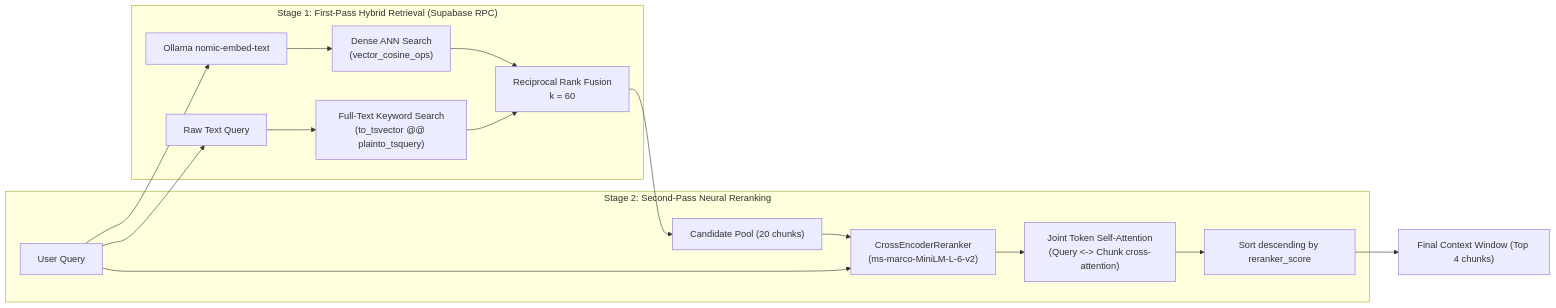
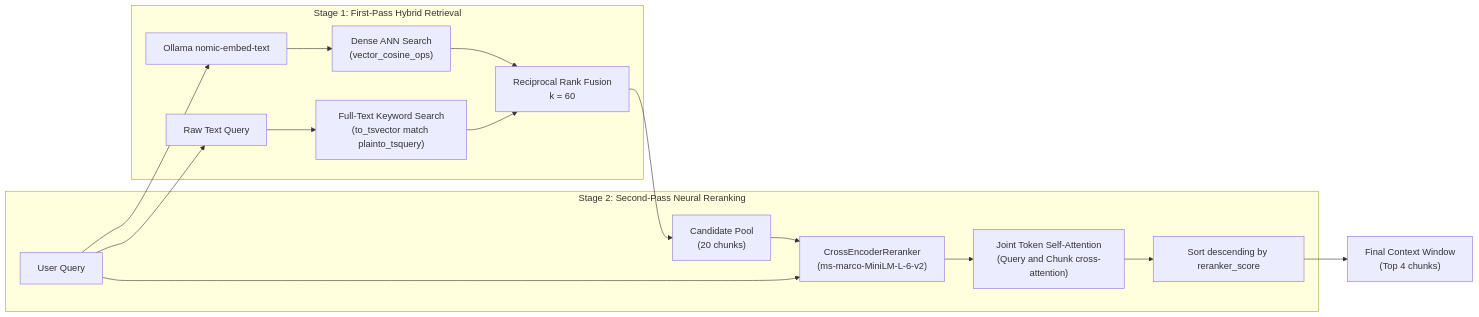
One commit to devansharya-dev/RAG changed the seventh of 8 diagrams in README.md. Above: the diagram before and after it, drawn with Mermaid. The commit also changed other lines of this file, not shown here.

````diff
--- a/README.md
+++ b/README.md
@@ -958,23 +961,23 @@
 ```mermaid
 flowchart LR
-    Q[User Query] --> Embed[Ollama nomic-embed-text]
-    Q --> TextQ[Raw Text Query]
+    Q["User Query"] --> Embed["Ollama nomic-embed-text"]
+    Q --> TextQ["Raw Text Query"]
     
-    subgraph Stage1["Stage 1: First-Pass Hybrid Retrieval (Supabase RPC)"]
-        Embed --> DenseSearch["Dense ANN Search\n(vector_cosine_ops)"]
-        TextQ --> SparseSearch["Full-Text Keyword Search\n(to_tsvector @@ plainto_tsquery)"]
-        DenseSearch --> RRF["Reciprocal Rank Fusion\nk = 60"]
+    subgraph Stage1["Stage 1: First-Pass Hybrid Retrieval"]
+        Embed --> DenseSearch["Dense ANN Search<br/>(vector_cosine_ops)"]
+        TextQ --> SparseSearch["Full-Text Keyword Search<br/>(to_tsvector match plainto_tsquery)"]
+        DenseSearch --> RRF["Reciprocal Rank Fusion<br/>k = 60"]
         SparseSearch --> RRF
     end
 
-    RRF --> Pool["Candidate Pool (20 chunks)"]
+    RRF --> Pool["Candidate Pool<br/>(20 chunks)"]
 
     subgraph Stage2["Stage 2: Second-Pass Neural Reranking"]
-        Pool --> CE["CrossEncoderReranker\n(ms-marco-MiniLM-L-6-v2)"]
+        Pool --> CE["CrossEncoderReranker<br/>(ms-marco-MiniLM-L-6-v2)"]
         Q --> CE
-        CE --> JointScoring["Joint Token Self-Attention\n(Query <-> Chunk cross-attention)"]
+        CE --> JointScoring["Joint Token Self-Attention<br/>(Query and Chunk cross-attention)"]
         JointScoring --> Sort["Sort descending by reranker_score"]
     end
 
-    Sort --> FinalTopK["Final Context Window (Top 4 chunks)"]
+    Sort --> FinalTopK["Final Context Window<br/>(Top 4 chunks)"]
 ```
````
